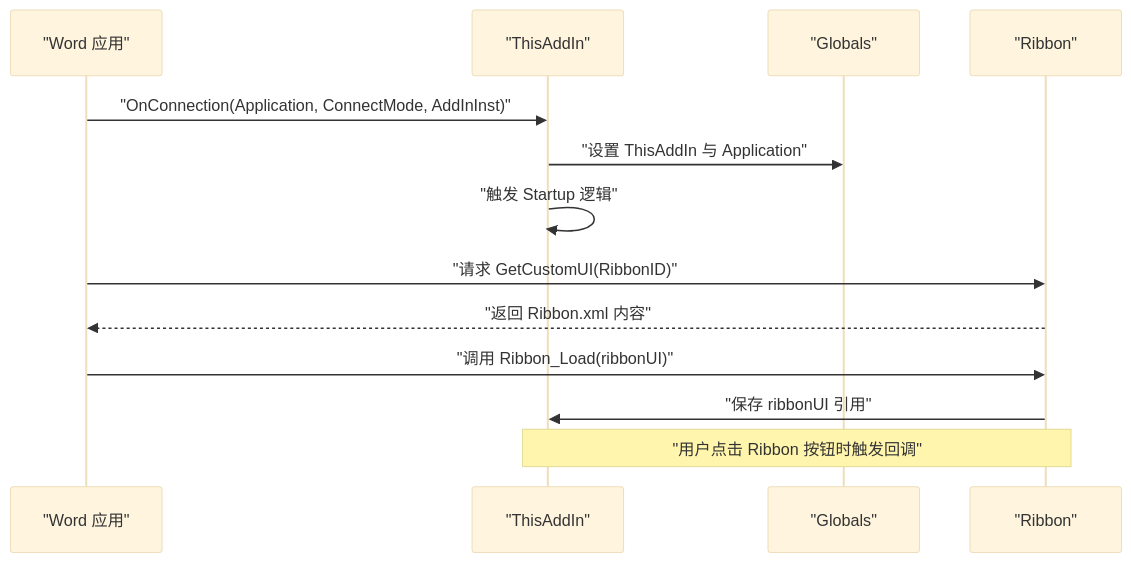
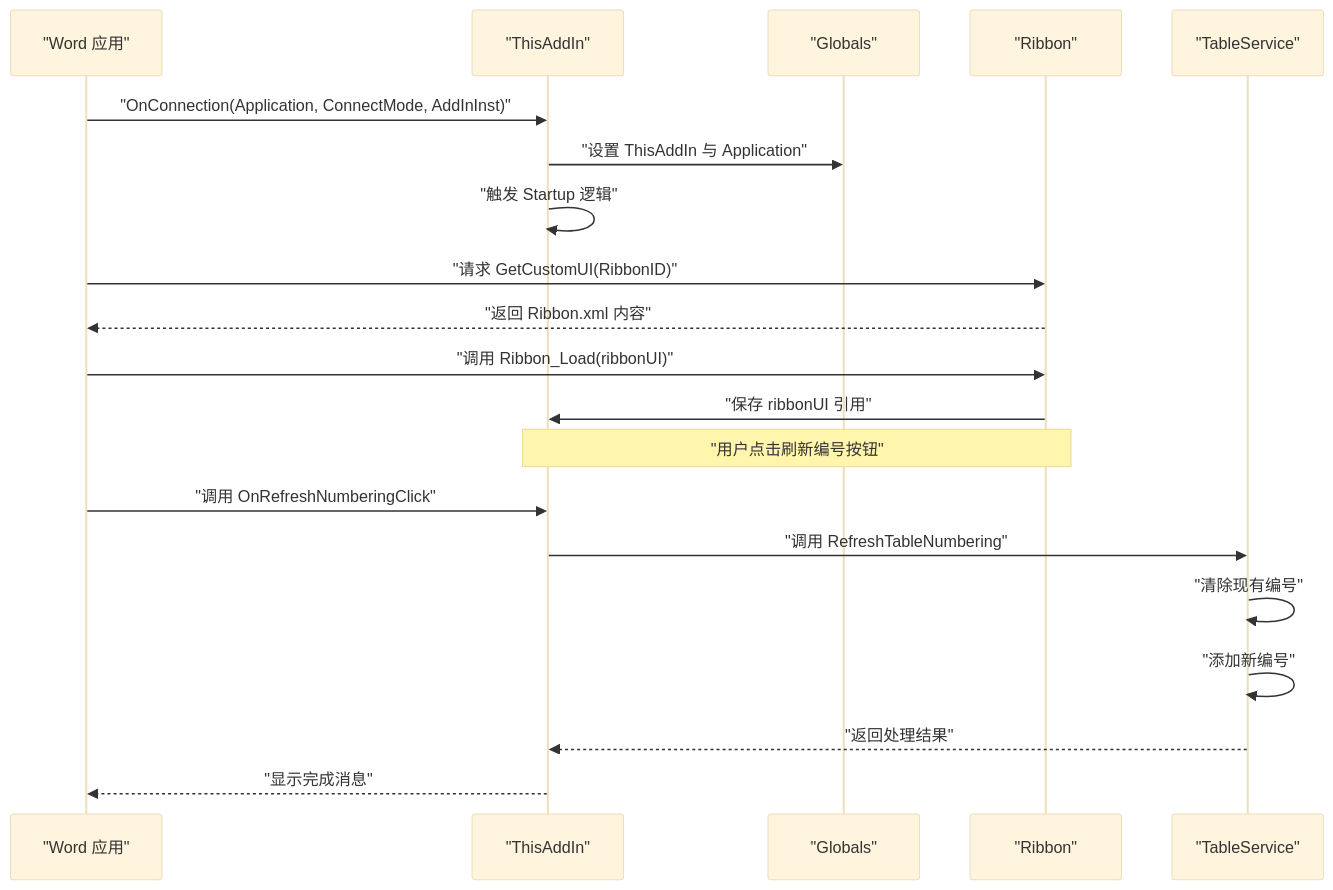
The second of 7 diagrams in .qoder/repowiki/zh/content/架构设计/插件入口点.md (rainiva/WordTools), drawn with Mermaid (base theme) before and after one commit. The commit also changed other lines of this file and 12 other files, not shown here.

````diff
--- a/.qoder/repowiki/zh/content/架构设计/插件入口点.md
+++ b/.qoder/repowiki/zh/content/架构设计/插件入口点.md
@@ -89,15 +116,22 @@
 ```mermaid
 sequenceDiagram
 participant Word as "Word 应用"
 participant AddIn as "ThisAddIn"
 participant Globals as "Globals"
 participant Ribbon as "Ribbon"
+participant TableService as "TableService"
 Word->>AddIn : "OnConnection(Application, ConnectMode, AddInInst)"
 AddIn->>Globals : "设置 ThisAddIn 与 Application"
 AddIn->>AddIn : "触发 Startup 逻辑"
 Word->>Ribbon : "请求 GetCustomUI(RibbonID)"
 Ribbon-->>Word : "返回 Ribbon.xml 内容"
 Word->>Ribbon : "调用 Ribbon_Load(ribbonUI)"
 Ribbon->>AddIn : "保存 ribbonUI 引用"
-Note over AddIn,Ribbon : "用户点击 Ribbon 按钮时触发回调"
+Note over AddIn,Ribbon : "用户点击刷新编号按钮"
+Word->>AddIn : "调用 OnRefreshNumberingClick"
+AddIn->>TableService : "调用 RefreshTableNumbering"
+TableService->>TableService : "清除现有编号"
+TableService->>TableService : "添加新编号"
+TableService-->>AddIn : "返回处理结果"
+AddIn-->>Word : "显示完成消息"
 ```
````
